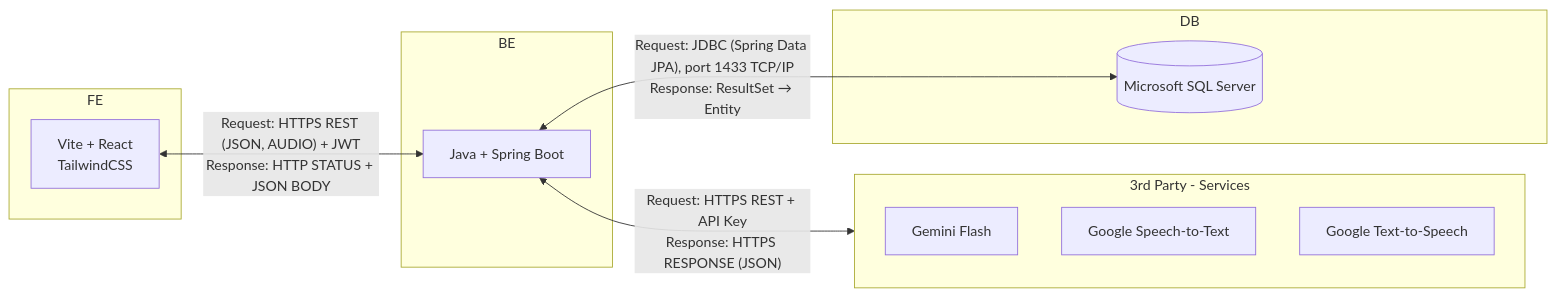
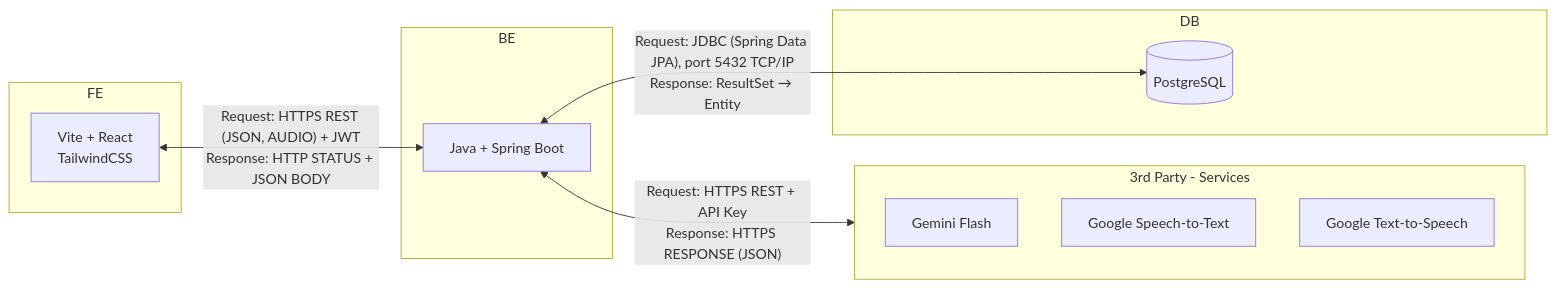
One commit to SWD392-Group-4/AI-powered-Viva-Exam-System changed the first of 2 diagrams in document/02-architecture-design/README.md. Above: the diagram before and after it, drawn with Mermaid. The commit also changed other lines of this file and 7 other files, not shown here.

Commit message:
change sql - postgreSQL

````diff
--- a/document/02-architecture-design/README.md
+++ b/document/02-architecture-design/README.md
@@ -15,24 +15,24 @@
 ```mermaid
 flowchart LR
     subgraph FE["FE"]
         REACT["Vite + React<br/>TailwindCSS"]
     end
 
     subgraph BE["BE"]
         SPRING["Java + Spring Boot"]
     end
 
     subgraph EXT["3rd Party - Services"]
         GEMINI["Gemini Flash"]
         STT["Google Speech-to-Text"]
         TTS["Google Text-to-Speech"]
     end
 
     subgraph DB["DB"]
-        MSSQL[("Microsoft SQL Server")]
+        PG[("PostgreSQL")]
     end
 
     REACT <-- "Request: HTTPS REST (JSON, AUDIO) + JWT<br/>Response: HTTP STATUS + JSON BODY" --> SPRING
     SPRING <-- "Request: HTTPS REST + API Key<br/>Response: HTTPS RESPONSE (JSON)" --> EXT
-    SPRING <-- "Request: JDBC (Spring Data JPA), port 1433 TCP/IP<br/>Response: ResultSet → Entity" --> MSSQL
+    SPRING <-- "Request: JDBC (Spring Data JPA), port 5432 TCP/IP<br/>Response: ResultSet → Entity" --> PG
 ```
````
